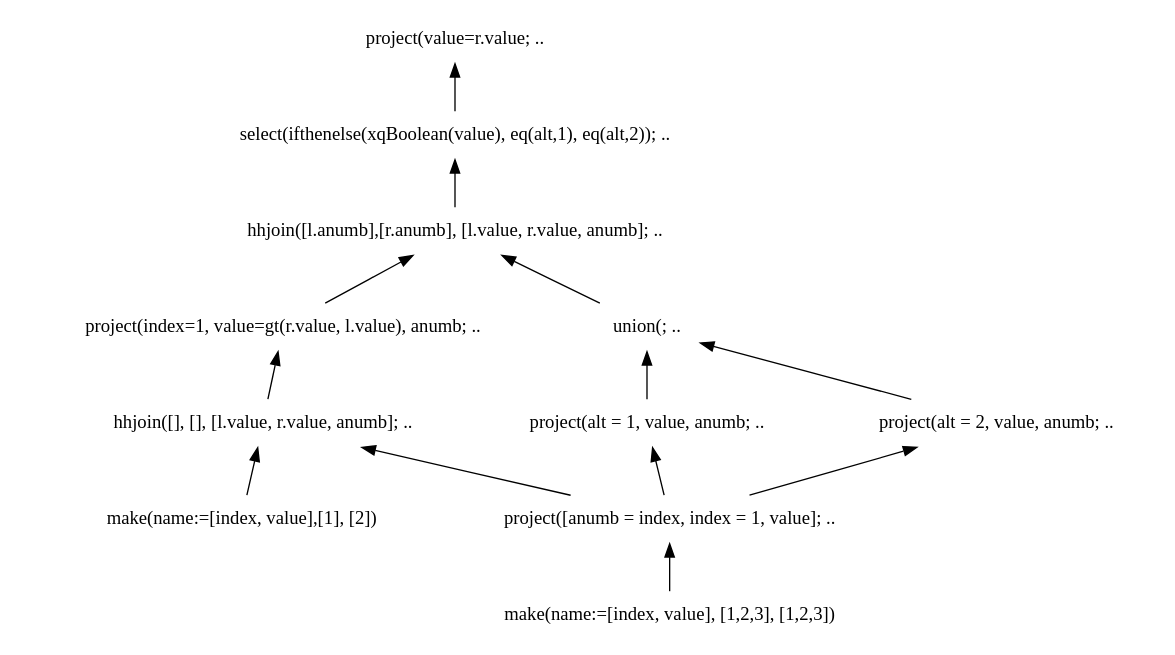
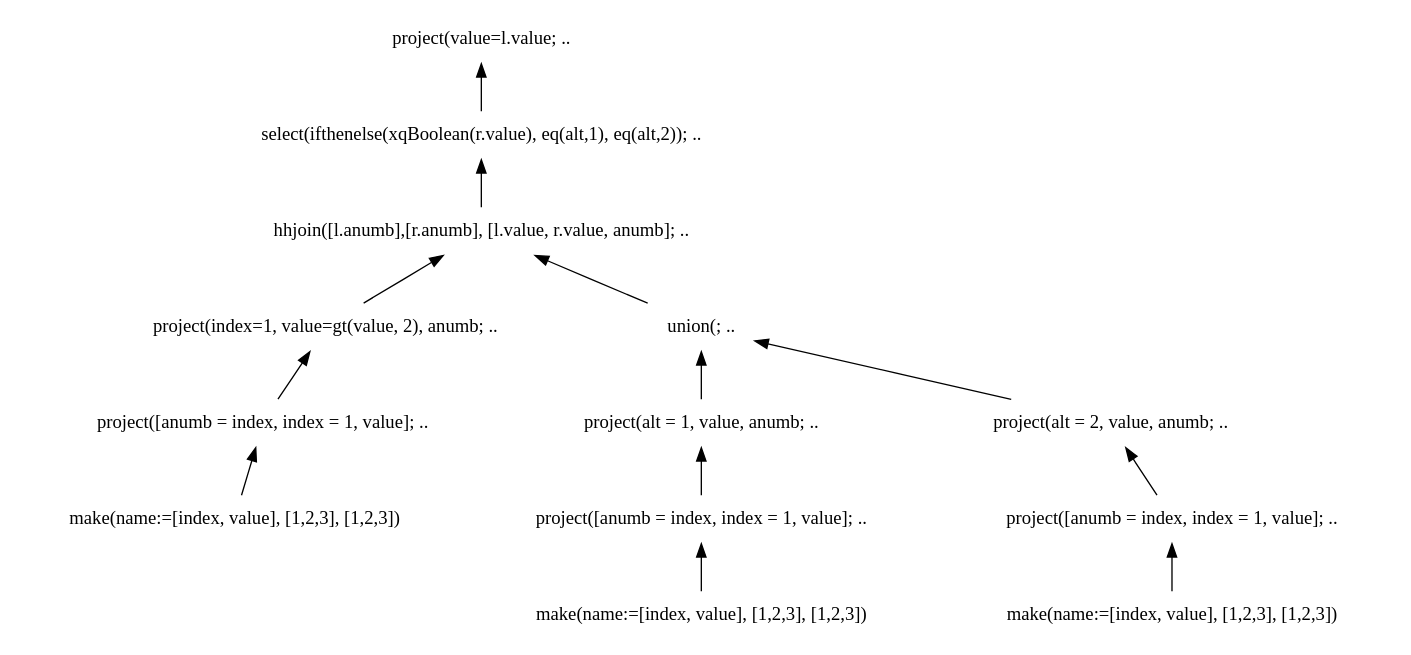
The diagram in doc/graph_src/ifthenelse.dot (andrerav/xqft-parser), drawn with Graphviz before and after one commit. The commit also changed 5 other files, not shown here.

```diff
--- a/doc/graph_src/ifthenelse.dot
+++ b/doc/graph_src/ifthenelse.dot
@@ -1,34 +1,35 @@
 digraph AST {
 edge [color=black, dir=both, weight=1, fontcolor=black, fontname=Helvetica, arrowhead=none,arrowtail=normal]
 node [shape=plaintext]
 
-project123->make123
-make123 [label="make(name:=[index, value], [1,2,3], [1,2,3])"]
-make2 [label="make(name:=[index, value],[1], [2])"]
-project123 [label="project([anumb = index, index = 1, value]; .."]
+project1231->make1231
+project1232->make1232
+project1233->make1233
+make1231 [label="make(name:=[index, value], [1,2,3], [1,2,3])"]
+make1232 [label="make(name:=[index, value], [1,2,3], [1,2,3])"]
+make1233 [label="make(name:=[index, value], [1,2,3], [1,2,3])"]
+project1231 [label="project([anumb = index, index = 1, value]; .."]
+project1232 [label="project([anumb = index, index = 1, value]; .."]
+project1233 [label="project([anumb = index, index = 1, value]; .."]
 
-project1 [label="project(value=r.value; .."]
+project1 [label="project(value=l.value; .."]
 project2 [label="project(alt = 1, value, anumb; .."]
 project3 [label="project(alt = 2, value, anumb; .."]
-project4 [label=" project(index=1, value=gt(r.value, l.value), anumb; .."]
+project4 [label=" project(index=1, value=gt(value, 2), anumb; .."]
 
-select1 [label="select(ifthenelse(xqBoolean(value), eq(alt,1), eq(alt,2)); .."]
+select1 [label="select(ifthenelse(xqBoolean(r.value), eq(alt,1), eq(alt,2)); .."]
 
 hhjoin1 [label="hhjoin([l.anumb],[r.anumb], [l.value, r.value, anumb]; .."]
-hhjoin2 [label="hhjoin([], [], [l.value, r.value, anumb]; .."]
 
 union1 [label="union(; .."]
 
 project1->select1
   select1->hhjoin1
     hhjoin1->union1
       union1->project2
-        project2->project123
+        project2->project1231
       union1->project3
-        project3->project123
+        project3->project1232
     hhjoin1->project4
-      project4->hhjoin2
-        hhjoin2->project123
-        hhjoin2->make2
-
+      project4->project1233
 }
```
